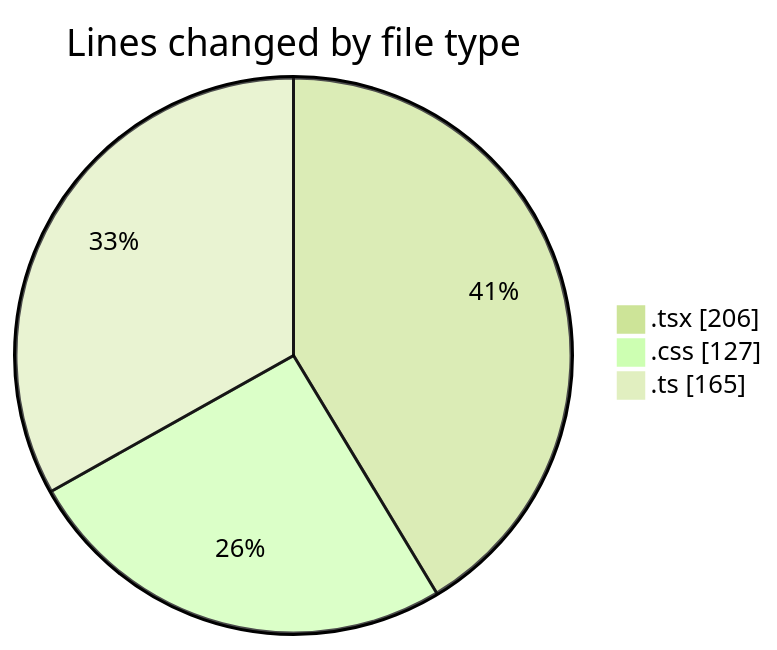
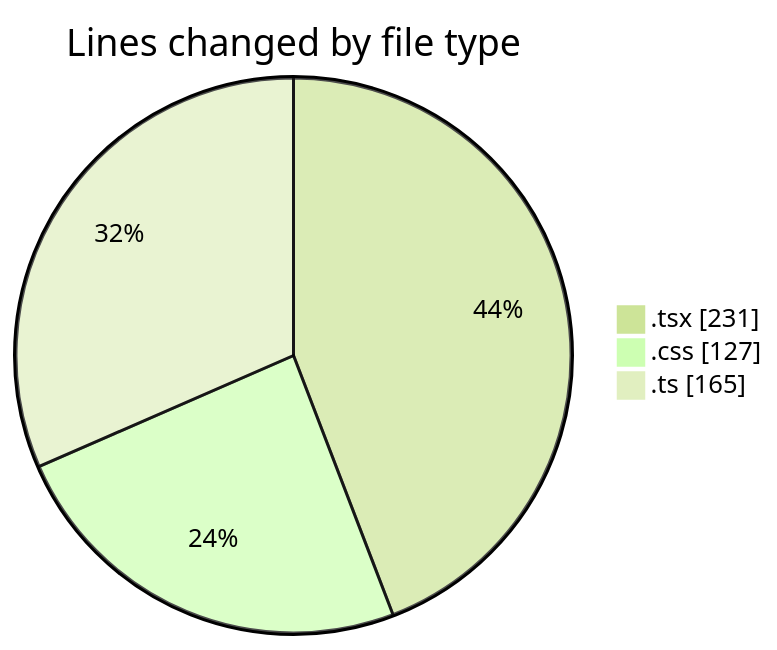
The first of 2 diagrams in 2025-01-09/mbc-web/README.md (robertbonfada/code-tracking), drawn with Mermaid (forest theme) before and after one commit. The commit also changed other lines of this file and 1 other file, not shown here.

````diff
--- a/2025-01-09/mbc-web/README.md
+++ b/2025-01-09/mbc-web/README.md
@@ -30,7 +30,7 @@
 ```mermaid
 pie showData
 title Lines changed by file type
-".tsx" : 206
+".tsx" : 231
 ".css" : 127
 ".ts" : 165
 ```
````
